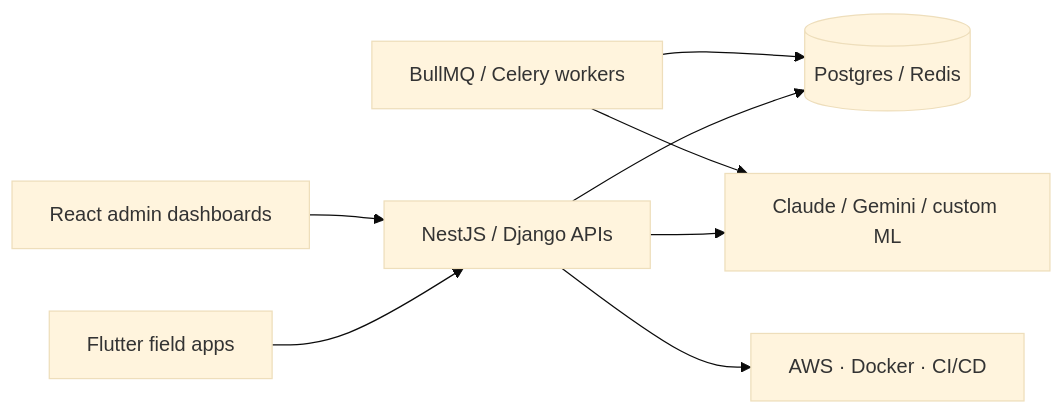
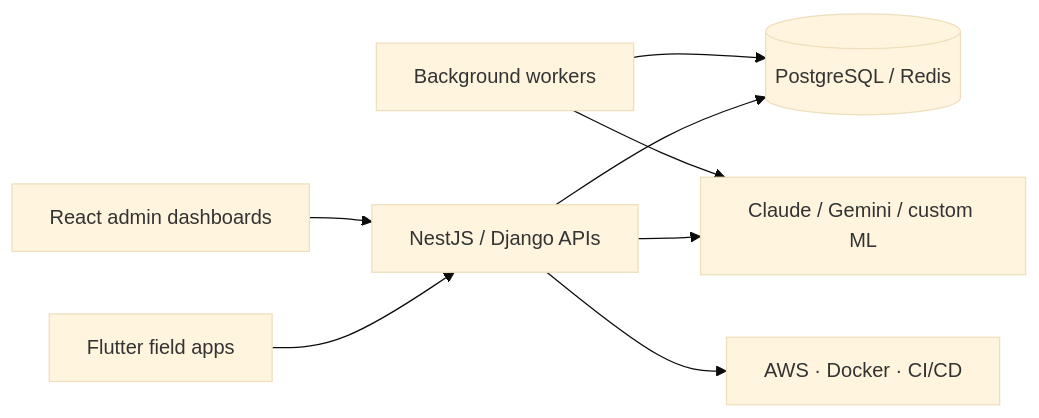
One commit to eldarandaly/eldarandaly changed the diagram in README.md. Above: the diagram before and after it, drawn with Mermaid (base theme). The commit also changed other lines of this file, not shown here.

````diff
--- a/README.md
+++ b/README.md
@@ -52,10 +81,10 @@
 ```mermaid
 flowchart LR
   Mobile["Flutter field apps"] --> API["NestJS / Django APIs"]
   Web["React admin dashboards"] --> API
-  API --> Data[("Postgres / Redis")]
+  API --> Data[("PostgreSQL / Redis")]
   API --> AI["Claude / Gemini / custom ML"]
-  Workers["BullMQ / Celery workers"] --> AI
+  Workers["Background workers"] --> AI
   Workers --> Data
   API --> Cloud["AWS · Docker · CI/CD"]
 ```
````
